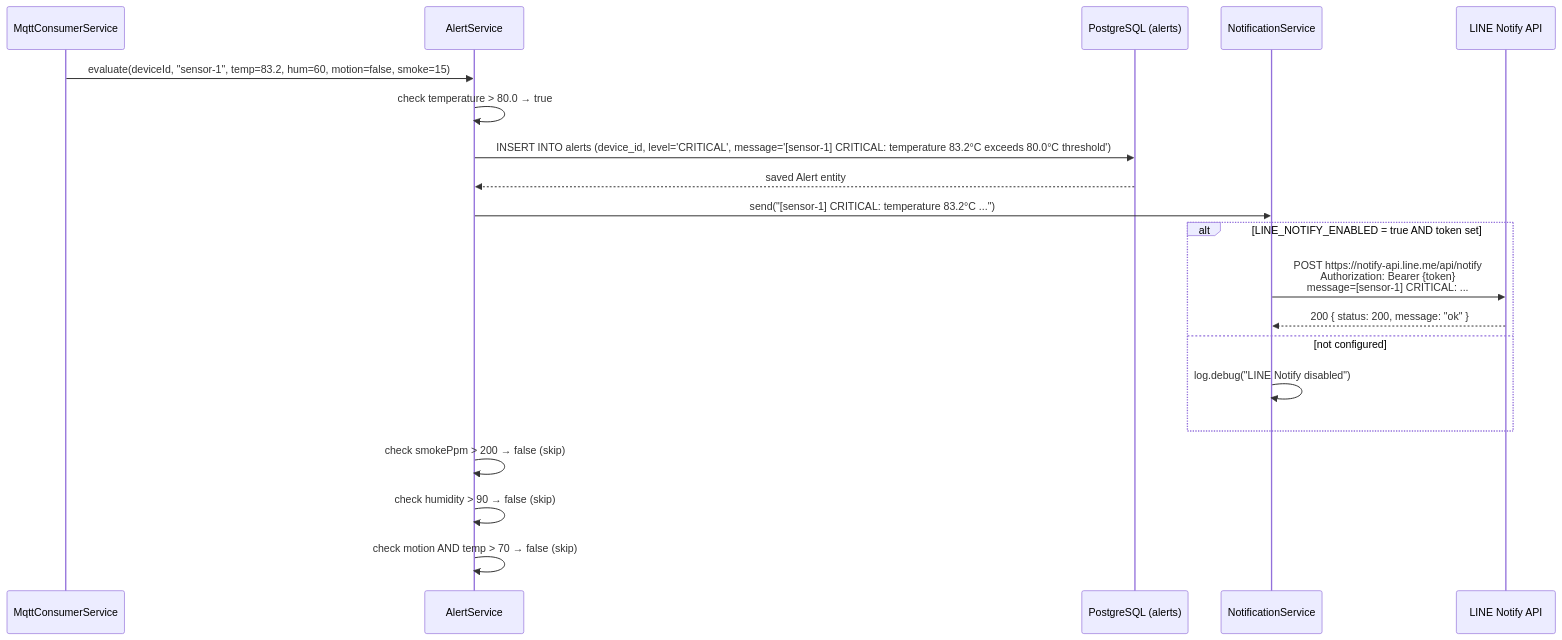
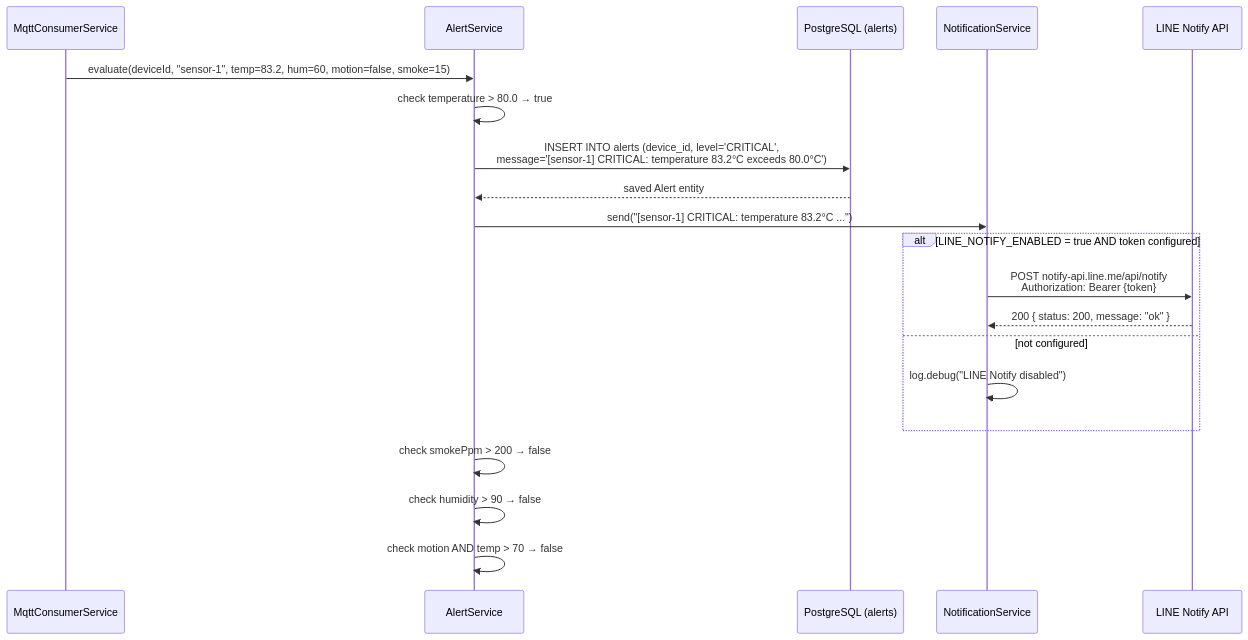
The sixth of 9 diagrams in docs/sequence-diagrams.md (thitipongroo/sentinel-iot-platform), drawn with Mermaid before and after one commit. The commit also changed other lines of this file and 4 other files, not shown here.

````diff
--- a/docs/sequence-diagrams.md
+++ b/docs/sequence-diagrams.md
@@ -120,27 +221,27 @@
 ```mermaid
 sequenceDiagram
     participant MQTT as MqttConsumerService
     participant ALERT as AlertService
     participant DB as PostgreSQL (alerts)
     participant NOTIFY as NotificationService
     participant LINE as LINE Notify API
 
     MQTT->>ALERT: evaluate(deviceId, "sensor-1", temp=83.2, hum=60, motion=false, smoke=15)
 
     ALERT->>ALERT: check temperature > 80.0 → true
-    ALERT->>DB: INSERT INTO alerts (device_id, level='CRITICAL', message='[sensor-1] CRITICAL: temperature 83.2°C exceeds 80.0°C threshold')
+    ALERT->>DB: INSERT INTO alerts (device_id, level='CRITICAL',<br/>message='[sensor-1] CRITICAL: temperature 83.2°C exceeds 80.0°C')
     DB-->>ALERT: saved Alert entity
 
     ALERT->>NOTIFY: send("[sensor-1] CRITICAL: temperature 83.2°C ...")
 
-    alt LINE_NOTIFY_ENABLED = true AND token set
-        NOTIFY->>LINE: POST https://notify-api.line.me/api/notify<br/>Authorization: Bearer {token}<br/>message=[sensor-1] CRITICAL: ...
+    alt LINE_NOTIFY_ENABLED = true AND token configured
+        NOTIFY->>LINE: POST notify-api.line.me/api/notify<br/>Authorization: Bearer {token}
         LINE-->>NOTIFY: 200 { status: 200, message: "ok" }
     else not configured
         NOTIFY->>NOTIFY: log.debug("LINE Notify disabled")
     end
 
-    ALERT->>ALERT: check smokePpm > 200 → false (skip)
-    ALERT->>ALERT: check humidity > 90 → false (skip)
-    ALERT->>ALERT: check motion AND temp > 70 → false (skip)
+    ALERT->>ALERT: check smokePpm > 200 → false
+    ALERT->>ALERT: check humidity > 90 → false
+    ALERT->>ALERT: check motion AND temp > 70 → false
 ```
````
